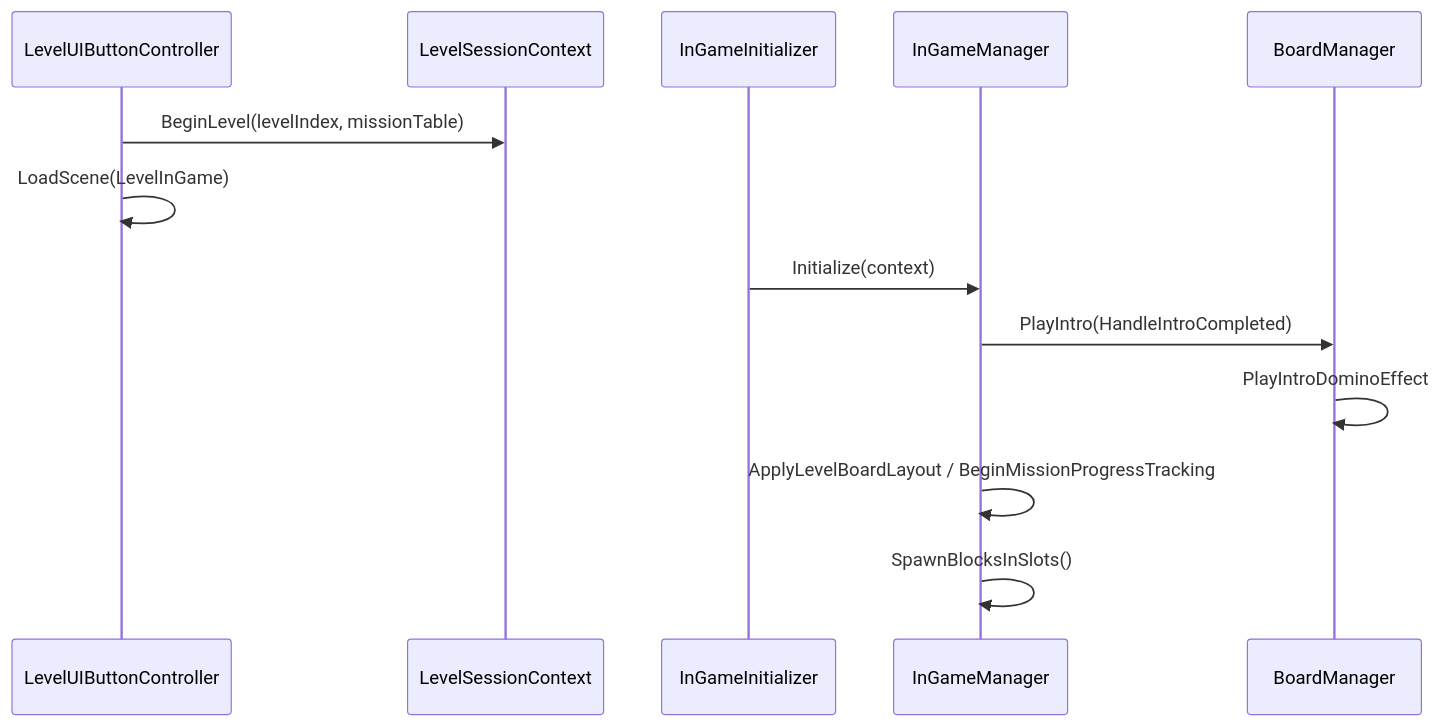
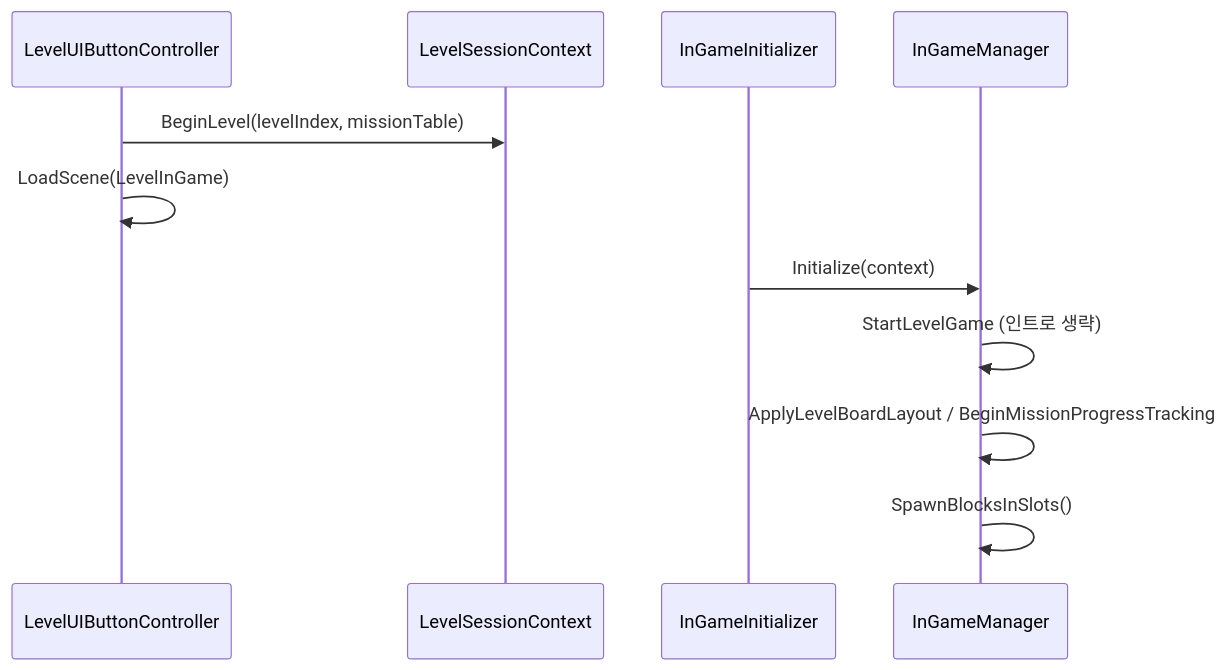
The third of 3 diagrams in docs/diagrams/level-map.md (chlghksgml01/BlockPuzzle), drawn with Mermaid before and after one commit. The commit also changed other lines of this file and 10 other files, not shown here.

Commit message:
feat: LevelInGame 인트로 건너뛰기, 세팅에서 Home대신 Level로

````diff
--- a/docs/diagrams/level-map.md
+++ b/docs/diagrams/level-map.md
@@ -203,16 +203,14 @@
 ```mermaid
 sequenceDiagram
     participant UI as LevelUIButtonController
     participant Ctx as LevelSessionContext
     participant Init as InGameInitializer
     participant IGM as InGameManager
-    participant BM as BoardManager
 
     UI->>Ctx: BeginLevel(levelIndex, missionTable)
     UI->>UI: LoadScene(LevelInGame)
     Init->>IGM: Initialize(context)
-    IGM->>BM: PlayIntro(HandleIntroCompleted)
-    BM->>BM: PlayIntroDominoEffect
+    IGM->>IGM: StartLevelGame (인트로 생략)
     IGM->>IGM: ApplyLevelBoardLayout / BeginMissionProgressTracking
     IGM->>IGM: SpawnBlocksInSlots()
 ```
````
